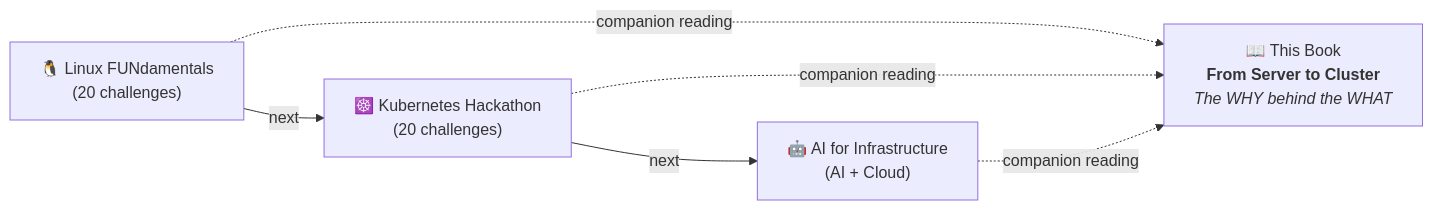
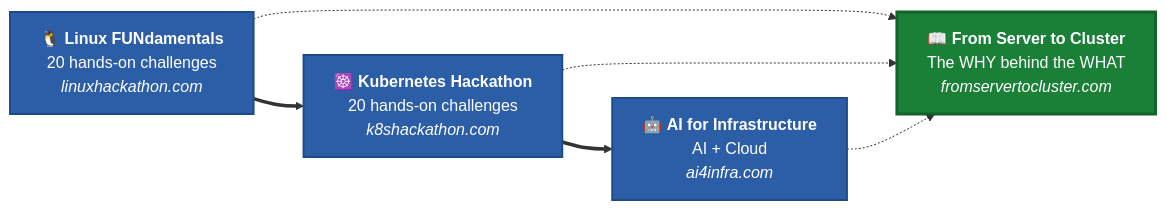
Before and after one commit to ricmmartins/from-server-to-cluster: the diagram in README.md, drawn with Mermaid.

Commit message:
Improve Mermaid diagram with colors, bold labels and clickable links

````diff
--- a/README.md
+++ b/README.md
@@ -61,13 +61,23 @@
 ```mermaid
 flowchart LR
-    A["🐧 Linux FUNdamentals<br/>(20 challenges)"] -->|next| B["☸️ Kubernetes Hackathon<br/>(20 challenges)"]
-    B -->|next| C["🤖 AI for Infrastructure<br/>(AI + Cloud)"]
-    A -.->|companion reading| D["📖 This Book<br/><b>From Server to Cluster</b><br/><i>The WHY behind the WHAT</i>"]
-    B -.->|companion reading| D
-    C -.->|companion reading| D
+    A["🐧 <b>Linux FUNdamentals</b><br/>20 hands-on challenges<br/><i>linuxhackathon.com</i>"]
+    B["☸️ <b>Kubernetes Hackathon</b><br/>20 hands-on challenges<br/><i>k8shackathon.com</i>"]
+    C["🤖 <b>AI for Infrastructure</b><br/>AI + Cloud<br/><i>ai4infra.com</i>"]
+    D["📖 <b>From Server to Cluster</b><br/>The WHY behind the WHAT<br/><i>fromservertocluster.com</i>"]
 
-    click A "https://linuxhackathon.com"
-    click B "https://k8shackathon.com"
-    click C "https://ai4infra.com"
-    click D "https://fromservertocluster.com"
+    A ==> B ==> C
+    A -.-> D
+    B -.-> D
+    C -.-> D
+
+    classDef challenge fill:#2b5ea7,stroke:#1e4a8a,color:#fff,stroke-width:2px
+    classDef book fill:#1a7f37,stroke:#116329,color:#fff,stroke-width:3px
+
+    class A,B,C challenge
+    class D book
+
+    click A "https://linuxhackathon.com" _blank
+    click B "https://k8shackathon.com" _blank
+    click C "https://ai4infra.com" _blank
+    click D "https://fromservertocluster.com" _blank
 ```
````
